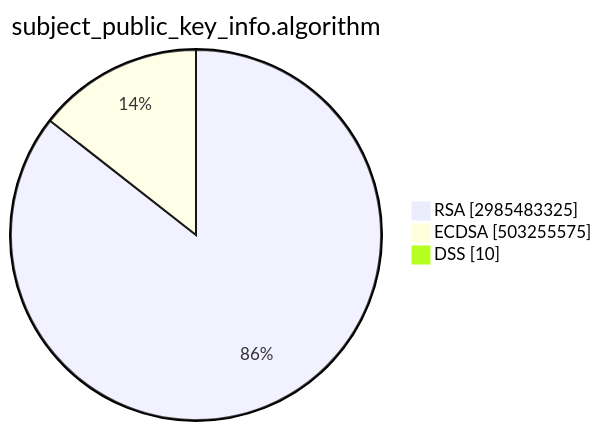
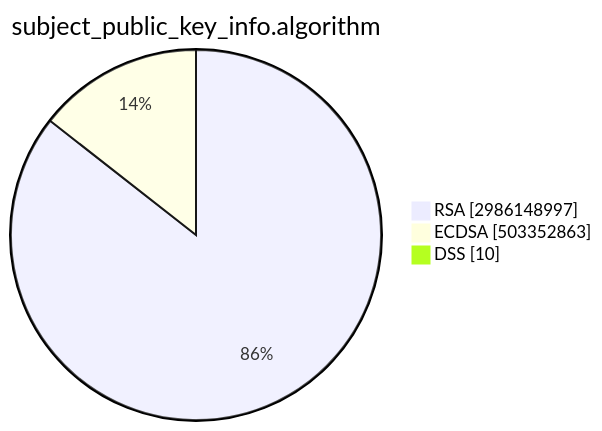
The second of 15 diagrams in TOTAL/README.md (christiankrug/ctmonitor_visualization), drawn with Mermaid before and after one commit. The commit also changed other lines of this file, not shown here.

````diff
--- a/TOTAL/README.md
+++ b/TOTAL/README.md
@@ -6,7 +6,7 @@
 ```mermaid
 pie showData
 title subject_public_key_info.algorithm
-"RSA" :2985483325
-"ECDSA" :503255575
+"RSA" :2986148997
+"ECDSA" :503352863
 "DSS" :10
 ```
````
